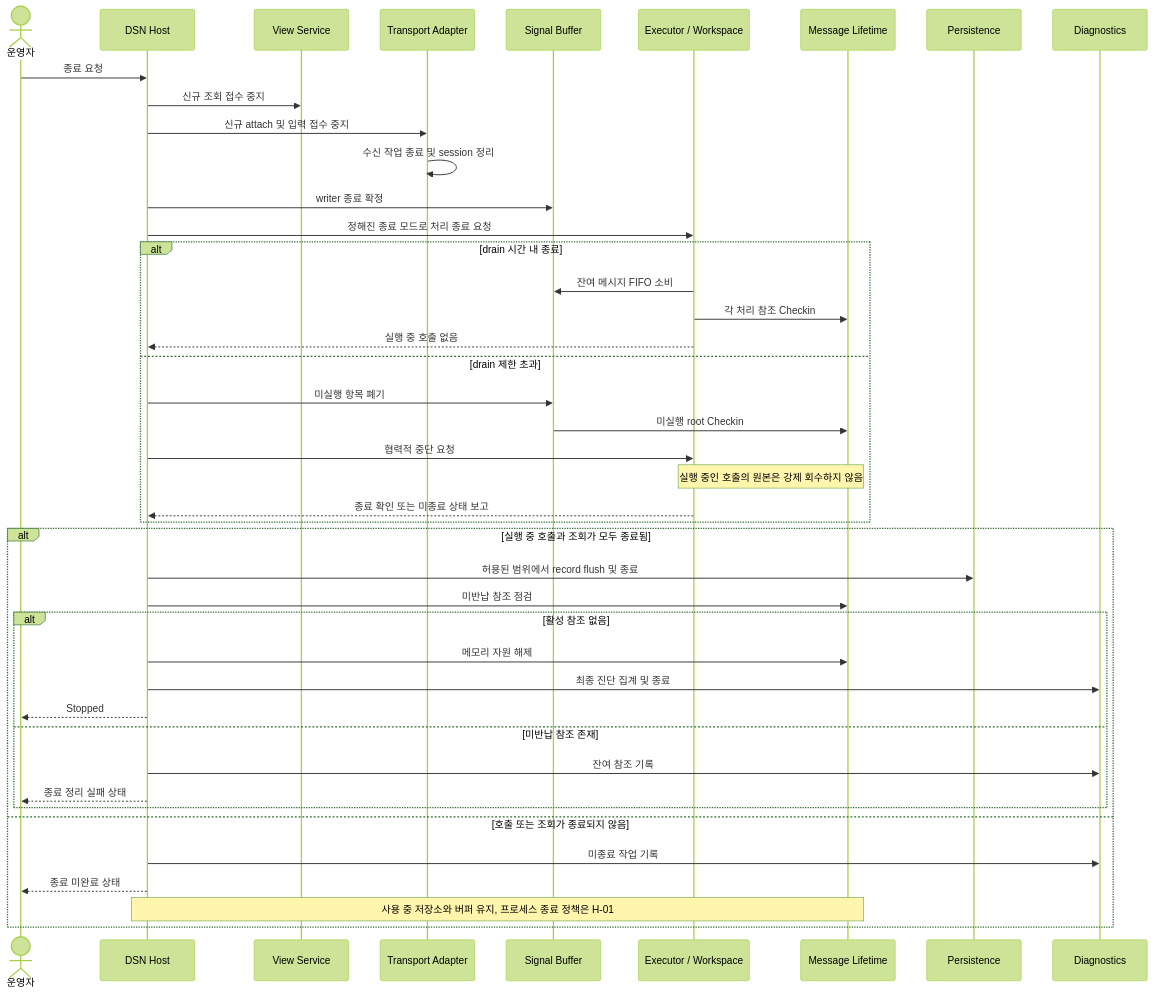
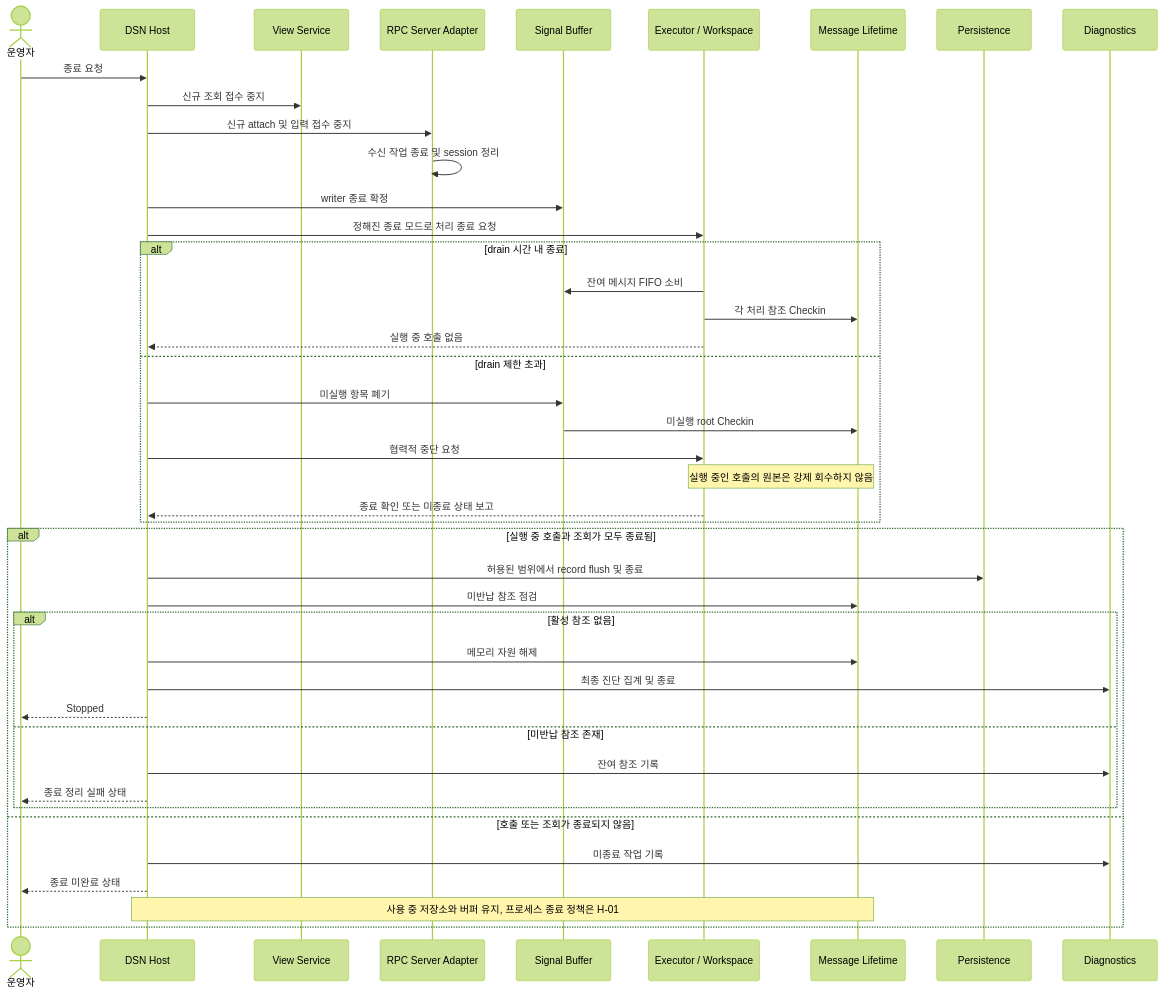
One commit to south-hive/project-dsn changed the second of 8 diagrams in docs/arch/08-sequences.md. Above: the diagram before and after it, drawn with Mermaid (forest theme). The commit also changed other lines of this file and 26 other files, not shown here.

````diff
--- a/docs/arch/08-sequences.md
+++ b/docs/arch/08-sequences.md
@@ -45,45 +45,45 @@
 ```mermaid
 sequenceDiagram
     actor Operator as 운영자
     participant Host as DSN Host
     participant View as View Service
-    participant Transport as Transport Adapter
+    participant Transport as RPC Server Adapter
     participant Queue as Signal Buffer
     participant Run as Executor / Workspace
     participant Memory as Message Lifetime
     participant Store as Persistence
     participant Error as Diagnostics
     Operator->>Host: 종료 요청
     Host->>View: 신규 조회 접수 중지
     Host->>Transport: 신규 attach 및 입력 접수 중지
     Transport->>Transport: 수신 작업 종료 및 session 정리
     Host->>Queue: writer 종료 확정
     Host->>Run: 정해진 종료 모드로 처리 종료 요청
     alt drain 시간 내 종료
         Run->>Queue: 잔여 메시지 FIFO 소비
         Run->>Memory: 각 처리 참조 Checkin
         Run-->>Host: 실행 중 호출 없음
     else drain 제한 초과
         Host->>Queue: 미실행 항목 폐기
         Queue->>Memory: 미실행 root Checkin
         Host->>Run: 협력적 중단 요청
         Note over Run,Memory: 실행 중인 호출의 원본은 강제 회수하지 않음
         Run-->>Host: 종료 확인 또는 미종료 상태 보고
     end
     alt 실행 중 호출과 조회가 모두 종료됨
         Host->>Store: 허용된 범위에서 record flush 및 종료
         Host->>Memory: 미반납 참조 점검
         alt 활성 참조 없음
             Host->>Memory: 메모리 자원 해제
             Host->>Error: 최종 진단 집계 및 종료
             Host-->>Operator: Stopped
         else 미반납 참조 존재
             Host->>Error: 잔여 참조 기록
             Host-->>Operator: 종료 정리 실패 상태
         end
     else 호출 또는 조회가 종료되지 않음
         Host->>Error: 미종료 작업 기록
         Host-->>Operator: 종료 미완료 상태
         Note over Host,Memory: 사용 중 저장소와 버퍼 유지, 프로세스 종료 정책은 H-01
     end
 ```
````
